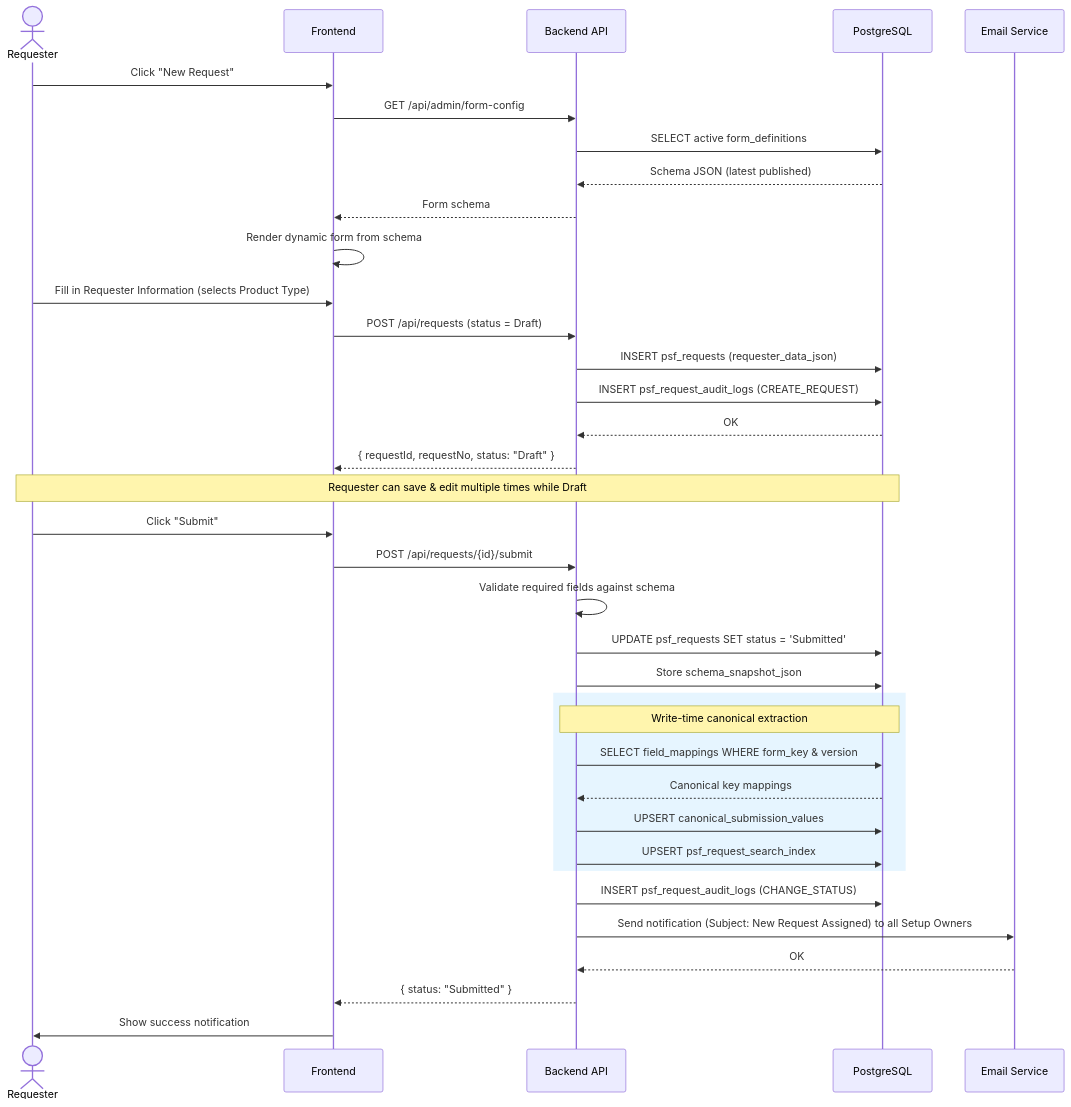
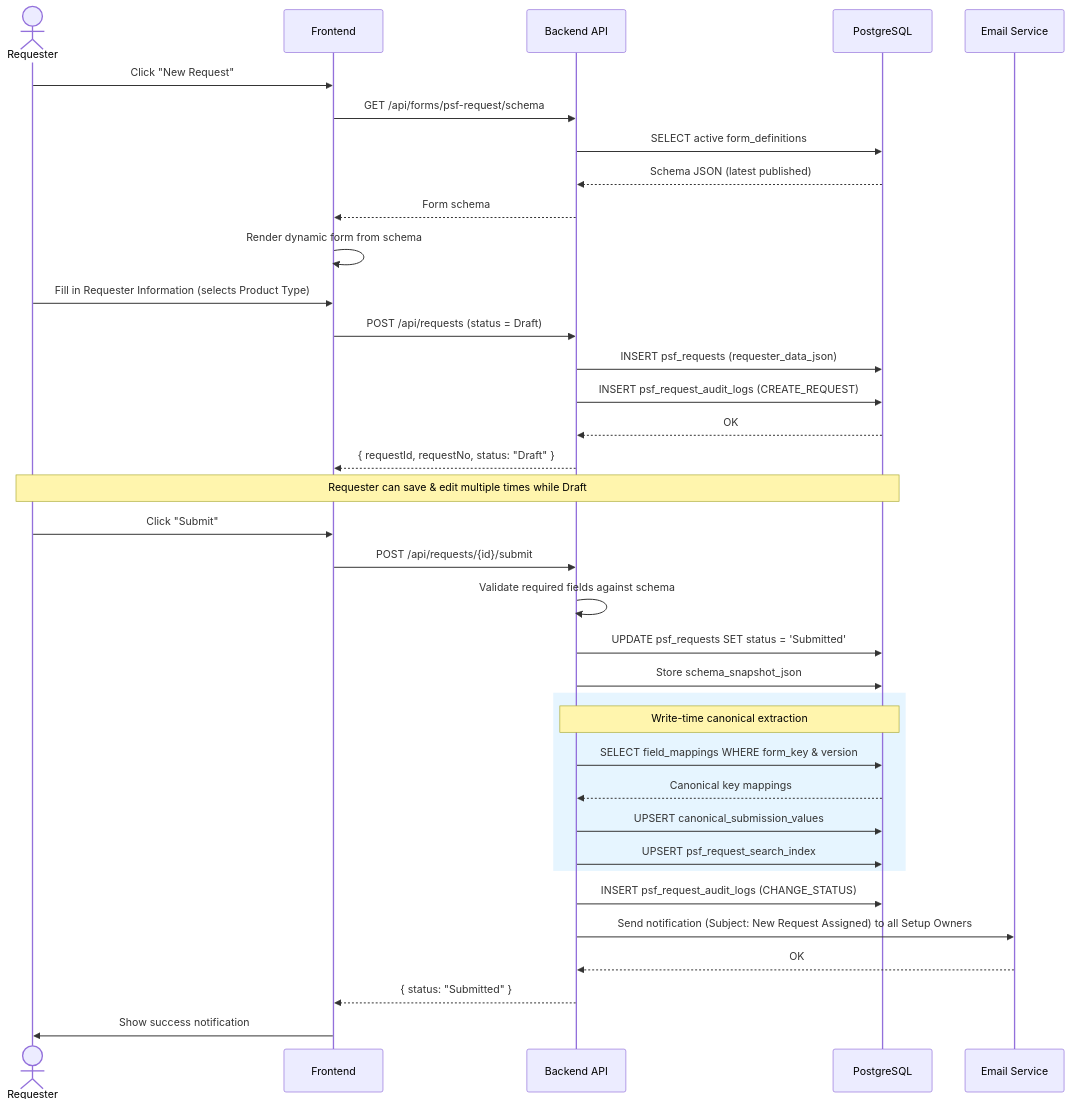
One commit to Kasidet4531/Web-Request-setup-file changed the eighth of 14 diagrams in docs/diagrams.md. Above: the diagram before and after it, drawn with Mermaid. The commit also changed 1 other file, not shown here.

Commit message:
docs: align runtime schema route docs with requester API

````diff
--- a/docs/diagrams.md
+++ b/docs/diagrams.md
@@ -464,46 +464,46 @@
 ```mermaid
 sequenceDiagram
     actor Requester
     participant FE as Frontend
     participant BE as Backend API
     participant DB as PostgreSQL
     participant Email as Email Service
 
     Requester ->> FE: Click "New Request"
-    FE ->> BE: GET /api/admin/form-config
+    FE ->> BE: GET /api/forms/psf-request/schema
     BE ->> DB: SELECT active form_definitions
     DB -->> BE: Schema JSON (latest published)
     BE -->> FE: Form schema
 
     FE ->> FE: Render dynamic form from schema
 
     Requester ->> FE: Fill in Requester Information (selects Product Type)
     FE ->> BE: POST /api/requests (status = Draft)
     BE ->> DB: INSERT psf_requests (requester_data_json)
     BE ->> DB: INSERT psf_request_audit_logs (CREATE_REQUEST)
     DB -->> BE: OK
     BE -->> FE: { requestId, requestNo, status: "Draft" }
 
     Note over Requester, DB: Requester can save & edit multiple times while Draft
 
     Requester ->> FE: Click "Submit"
     FE ->> BE: POST /api/requests/{id}/submit
 
     BE ->> BE: Validate required fields against schema
     BE ->> DB: UPDATE psf_requests SET status = 'Submitted'
     BE ->> DB: Store schema_snapshot_json
 
     rect rgb(230, 245, 255)
         Note over BE, DB: Write-time canonical extraction
         BE ->> DB: SELECT field_mappings WHERE form_key & version
         DB -->> BE: Canonical key mappings
         BE ->> DB: UPSERT canonical_submission_values
         BE ->> DB: UPSERT psf_request_search_index
     end
 
     BE ->> DB: INSERT psf_request_audit_logs (CHANGE_STATUS)
     BE ->> Email: Send notification (Subject: New Request Assigned) to all Setup Owners
     Email -->> BE: OK
     BE -->> FE: { status: "Submitted" }
     FE ->> Requester: Show success notification
 ```
````
